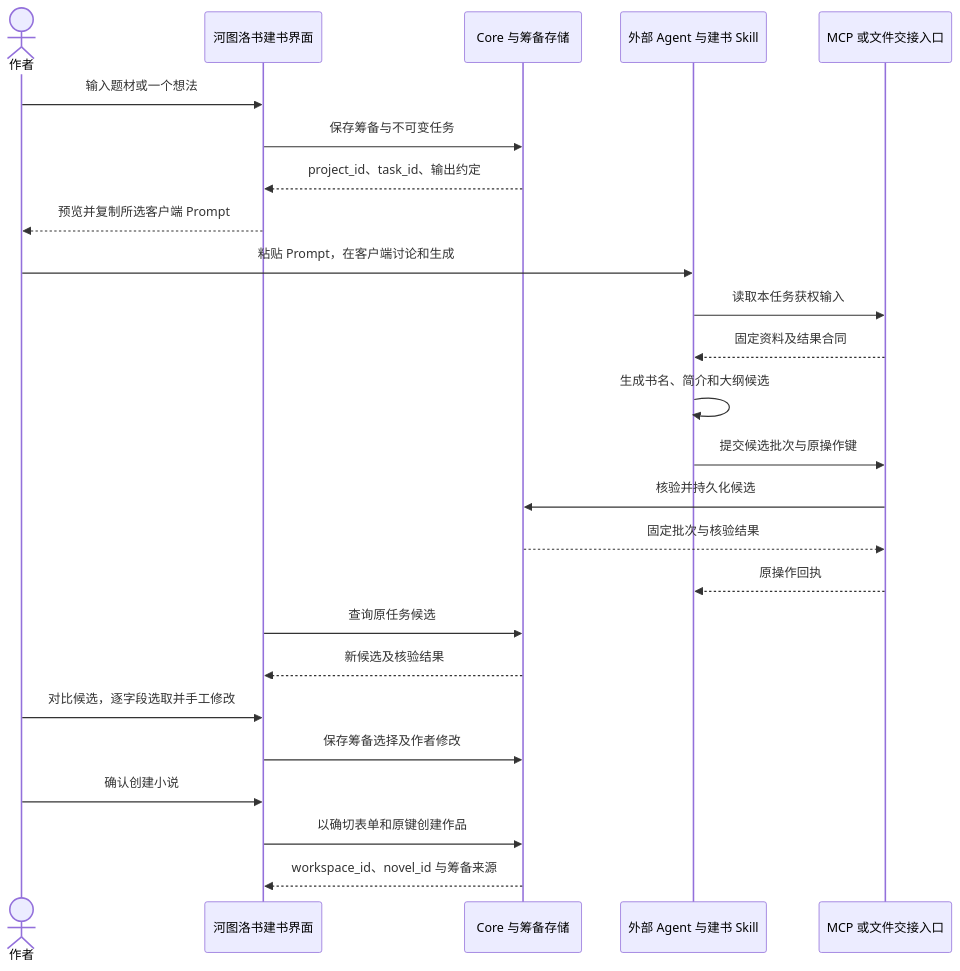
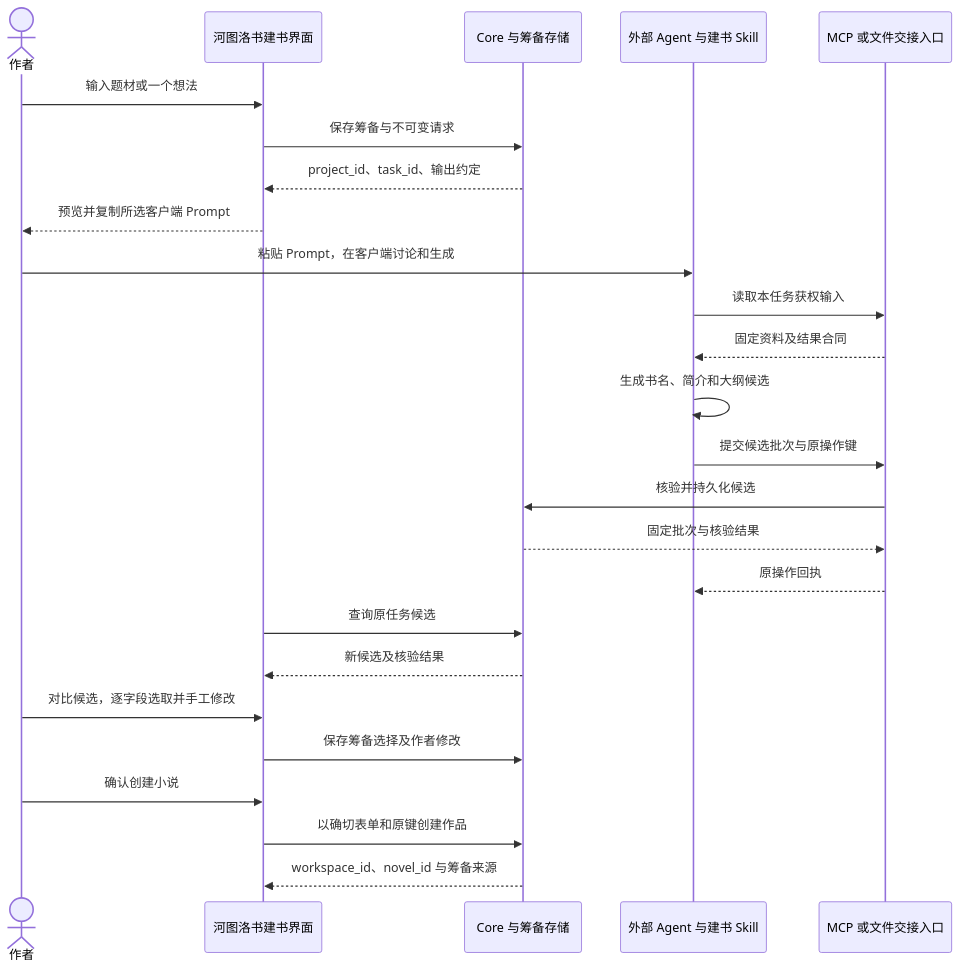
One commit to limecloud/hetu changed the sixth of 48 diagrams in docs/23-业务流程与MCP时序.md. Above: the diagram before and after it, drawn with Mermaid. The commit also changed other lines of this file and 993 other files, not shown here.

````diff
--- a/docs/23-业务流程与MCP时序.md
+++ b/docs/23-业务流程与MCP时序.md
@@ -148,27 +158,27 @@
 ```mermaid
 sequenceDiagram
     actor author as 作者
     participant desktop as 河图洛书建书界面
     participant core as Core 与筹备存储
     participant host as 外部 Agent 与建书 Skill
     participant server as MCP 或文件交接入口
     author->>desktop: 输入题材或一个想法
-    desktop->>core: 保存筹备与不可变任务
+    desktop->>core: 保存筹备与不可变请求
     core-->>desktop: project_id、task_id、输出约定
     desktop-->>author: 预览并复制所选客户端 Prompt
     author->>host: 粘贴 Prompt，在客户端讨论和生成
     host->>server: 读取本任务获权输入
     server-->>host: 固定资料及结果合同
     host->>host: 生成书名、简介和大纲候选
     host->>server: 提交候选批次与原操作键
     server->>core: 核验并持久化候选
     core-->>server: 固定批次与核验结果
     server-->>host: 原操作回执
     desktop->>core: 查询原任务候选
     core-->>desktop: 新候选及核验结果
     author->>desktop: 对比候选，逐字段选取并手工修改
     desktop->>core: 保存筹备选择及作者修改
     author->>desktop: 确认创建小说
     desktop->>core: 以确切表单和原键创建作品
     core-->>desktop: workspace_id、novel_id 与筹备来源
 ```
````
